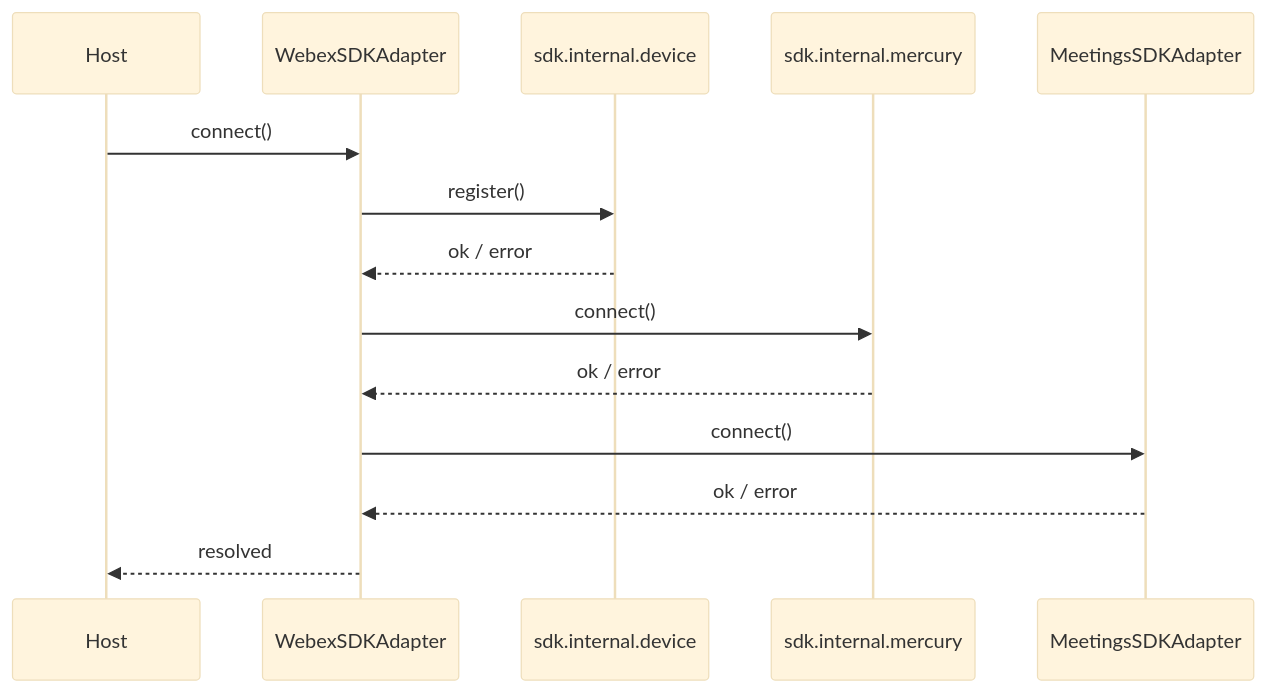
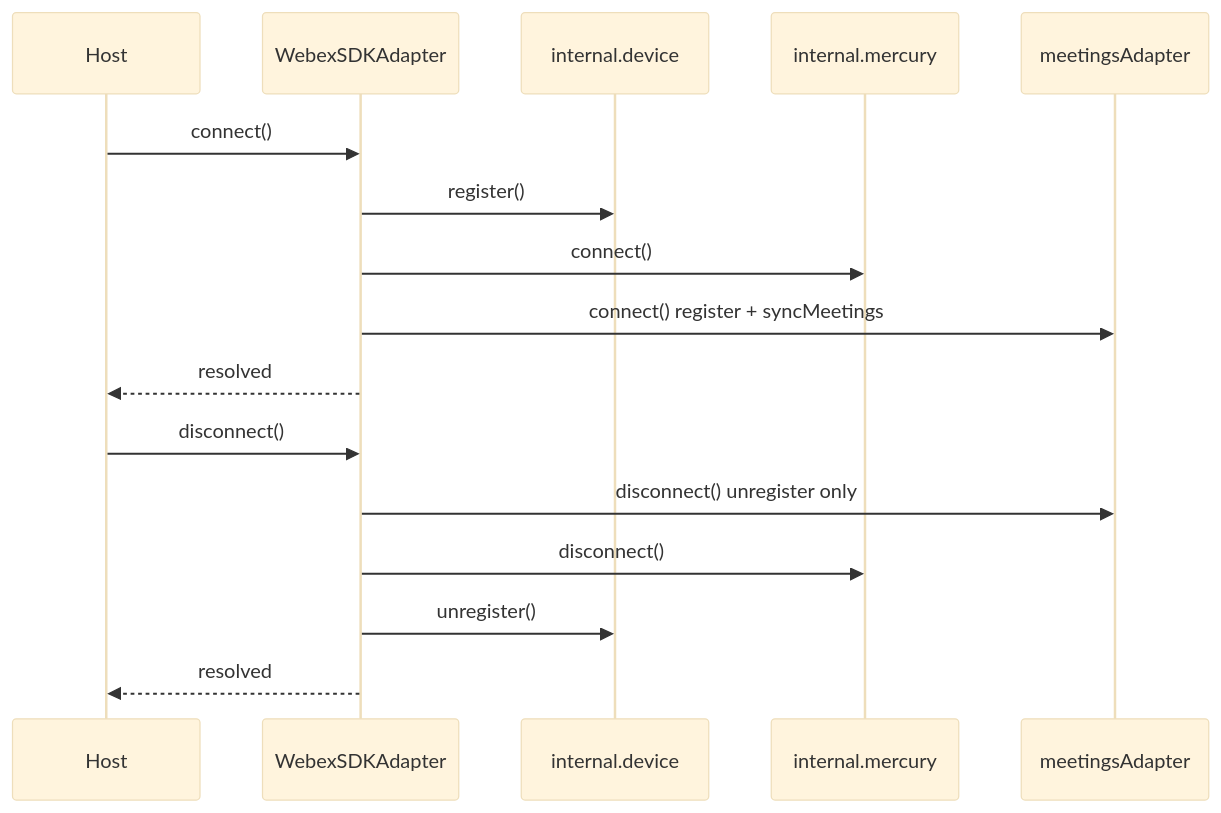
Before and after one commit to webex/sdk-component-adapter: the second of 3 diagrams in src/ai-docs/webex-sdk-adapter-spec.md, drawn with Mermaid (base theme). The commit also changed other lines of this file and 13 other files, not shown here.

````diff
--- a/src/ai-docs/webex-sdk-adapter-spec.md
+++ b/src/ai-docs/webex-sdk-adapter-spec.md
@@ -146,17 +130,20 @@
 ```mermaid
 sequenceDiagram
   participant Host
   participant Facade as WebexSDKAdapter
-  participant Device as sdk.internal.device
-  participant Mercury as sdk.internal.mercury
-  participant Meetings as MeetingsSDKAdapter
+  participant Device as internal.device
+  participant Mercury as internal.mercury
+  participant Meetings as meetingsAdapter
 
   Host->>Facade: connect()
   Facade->>Device: register()
-  Device-->>Facade: ok / error
   Facade->>Mercury: connect()
-  Mercury-->>Facade: ok / error
-  Facade->>Meetings: connect()
-  Meetings-->>Facade: ok / error
+  Facade->>Meetings: connect() register + syncMeetings
+  Facade-->>Host: resolved
+
+  Host->>Facade: disconnect()
+  Facade->>Meetings: disconnect() unregister only
+  Facade->>Mercury: disconnect()
+  Facade->>Device: unregister()
   Facade-->>Host: resolved
 ```
````
